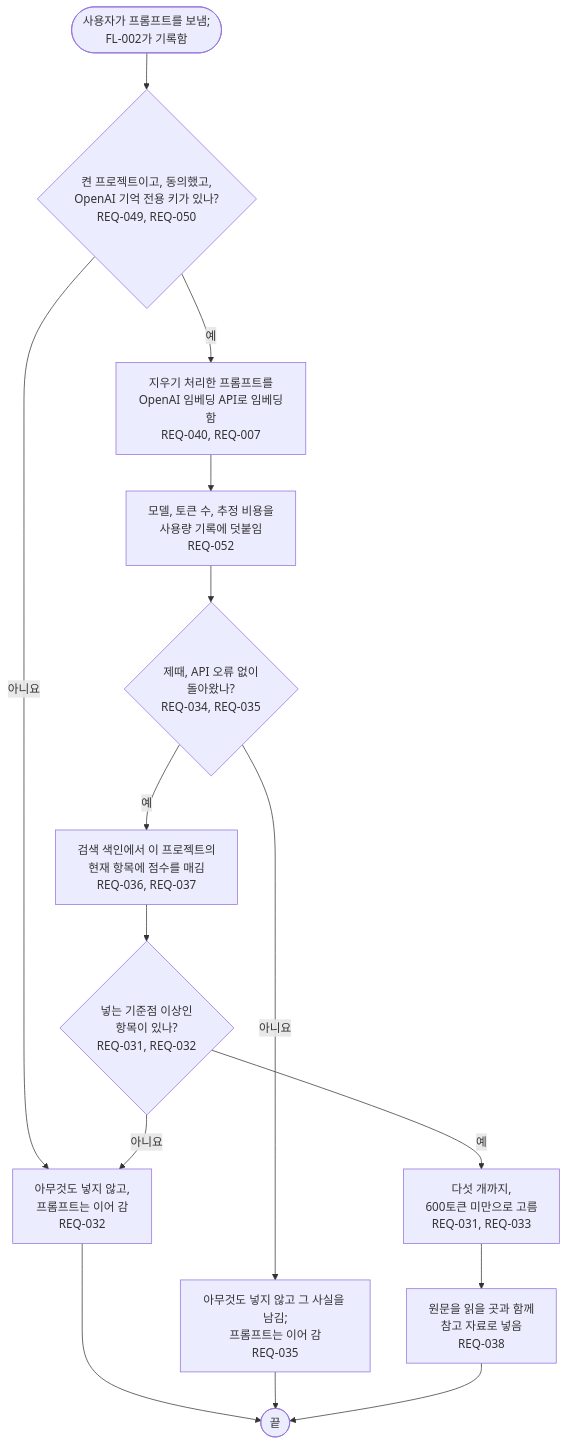
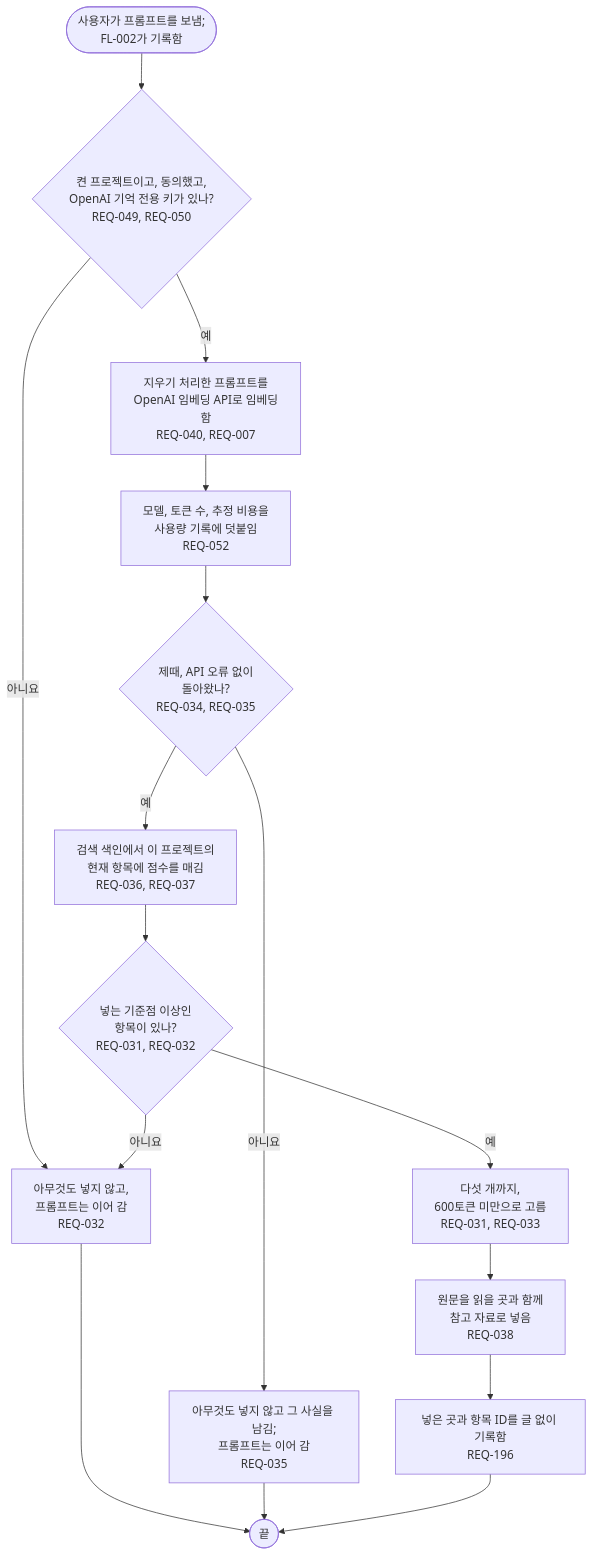
The diagram in docs/03-user-flow/memory/FL-004-recall-for-a-prompt.ko.md (kodonghui/corthex), drawn with Mermaid before and after one commit. The commit also changed other lines of this file and 32 other files, not shown here.

````diff
--- a/docs/03-user-flow/memory/FL-004-recall-for-a-prompt.ko.md
+++ b/docs/03-user-flow/memory/FL-004-recall-for-a-prompt.ko.md
@@ -9,17 +9,18 @@
 ```mermaid
 flowchart TD
   A(["사용자가 프롬프트를 보냄;<br/>FL-002가 기록함"]) --> B{"켠 프로젝트이고, 동의했고,<br/>OpenAI 기억 전용 키가 있나?<br/>REQ-049, REQ-050"}
   B -->|아니요| N["아무것도 넣지 않고,<br/>프롬프트는 이어 감<br/>REQ-032"]
   N --> Z(["끝"])
   B -->|예| C["지우기 처리한 프롬프트를<br/>OpenAI 임베딩 API로 임베딩함<br/>REQ-040, REQ-007"]
   C --> U["모델, 토큰 수, 추정 비용을<br/>사용량 기록에 덧붙임<br/>REQ-052"]
   U --> D{"제때, API 오류 없이<br/>돌아왔나?<br/>REQ-034, REQ-035"}
   D -->|아니요| T["아무것도 넣지 않고 그 사실을 남김;<br/>프롬프트는 이어 감<br/>REQ-035"]
   T --> Z
   D -->|예| E["검색 색인에서 이 프로젝트의<br/>현재 항목에 점수를 매김<br/>REQ-036, REQ-037"]
   E --> F{"넣는 기준점 이상인<br/>항목이 있나?<br/>REQ-031, REQ-032"}
   F -->|아니요| N
   F -->|예| G["다섯 개까지,<br/>600토큰 미만으로 고름<br/>REQ-031, REQ-033"]
   G --> H["원문을 읽을 곳과 함께<br/>참고 자료로 넣음<br/>REQ-038"]
-  H --> Z
+  H --> L["넣은 곳과 항목 ID를 글 없이 기록함<br/>REQ-196"]
+  L --> Z
 ```
````
